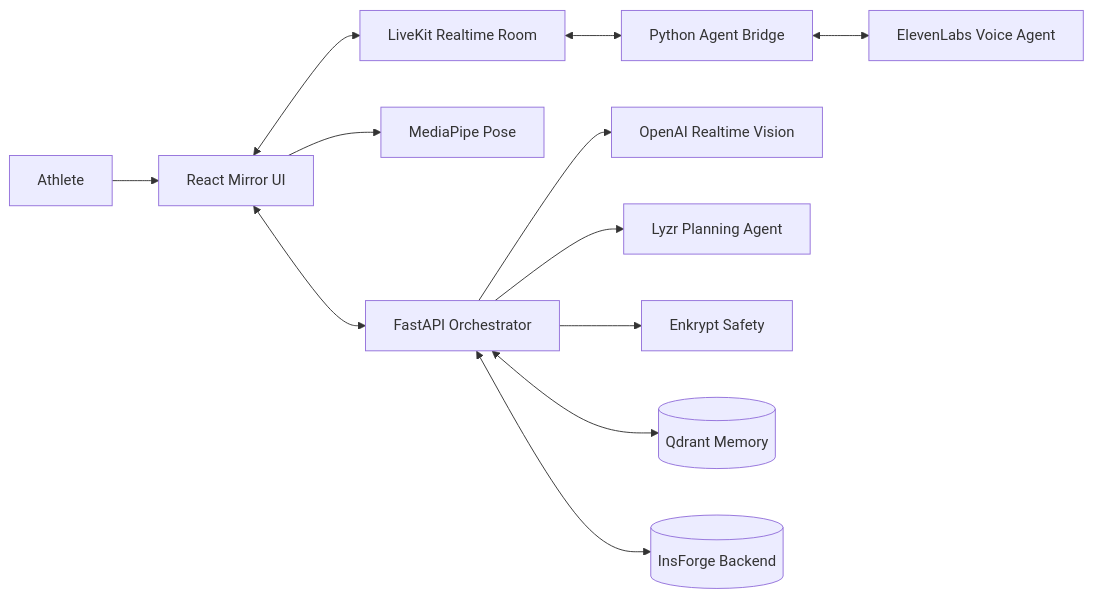
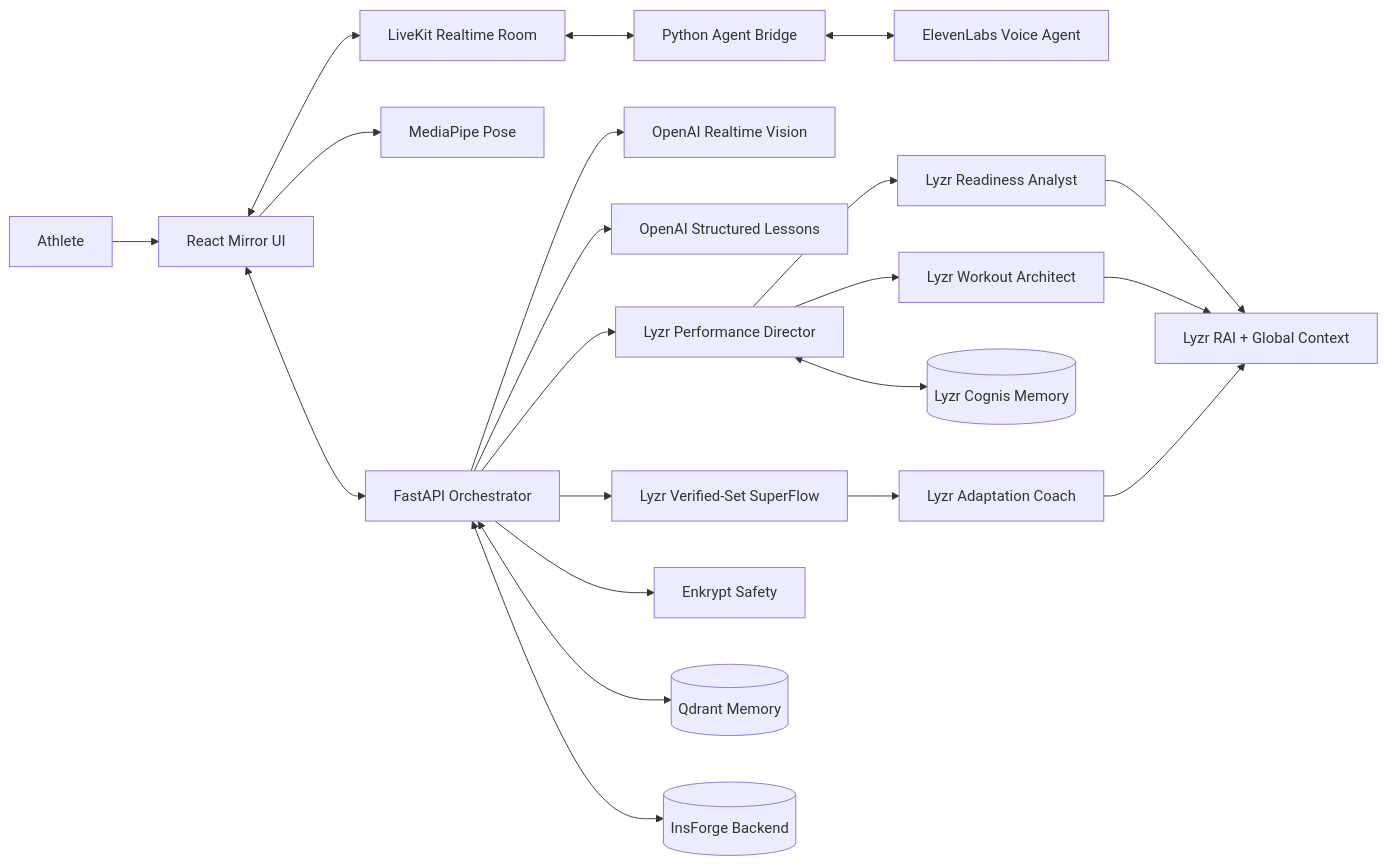
Before and after one commit to pramodthe/gameday: the diagram in README.md, drawn with Mermaid. The commit also changed other lines of this file and 36 other files, not shown here.

Commit message:
Complete adaptive AI workout coaching flow

````diff
--- a/README.md
+++ b/README.md
@@ -112,14 +118,23 @@
 ```mermaid
 flowchart LR
     Athlete[Athlete] --> Web[React Mirror UI]
     Web <--> LiveKit[LiveKit Realtime Room]
     LiveKit <--> Bridge[Python Agent Bridge]
     Bridge <--> Voice[ElevenLabs Voice Agent]
     Web --> Pose[MediaPipe Pose]
     Web <--> API[FastAPI Orchestrator]
     API --> Vision[OpenAI Realtime Vision]
-    API --> Planner[Lyzr Planning Agent]
+    API --> Lessons[OpenAI Structured Lessons]
+    API --> Director[Lyzr Performance Director]
+    Director --> Readiness[Lyzr Readiness Analyst]
+    Director --> Workout[Lyzr Workout Architect]
+    API --> Flow[Lyzr Verified-Set SuperFlow]
+    Flow --> Adaptation[Lyzr Adaptation Coach]
+    Director <--> Cognis[(Lyzr Cognis Memory)]
+    Readiness --> RAI[Lyzr RAI + Global Context]
+    Workout --> RAI
+    Adaptation --> RAI
     API --> Guard[Enkrypt Safety]
     API <--> Memory[(Qdrant Memory)]
     API <--> Backend[(InsForge Backend)]
 ```
````
